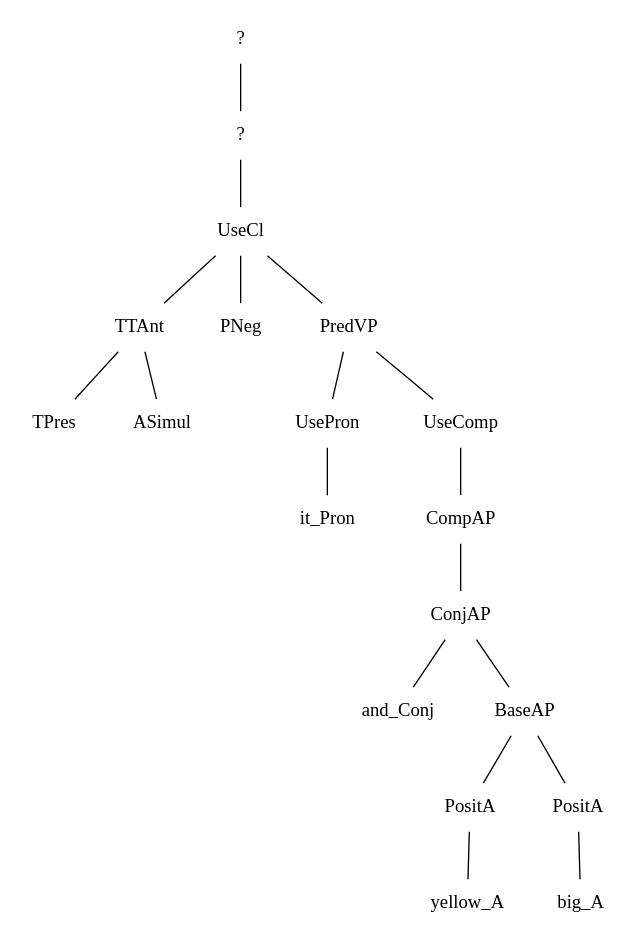
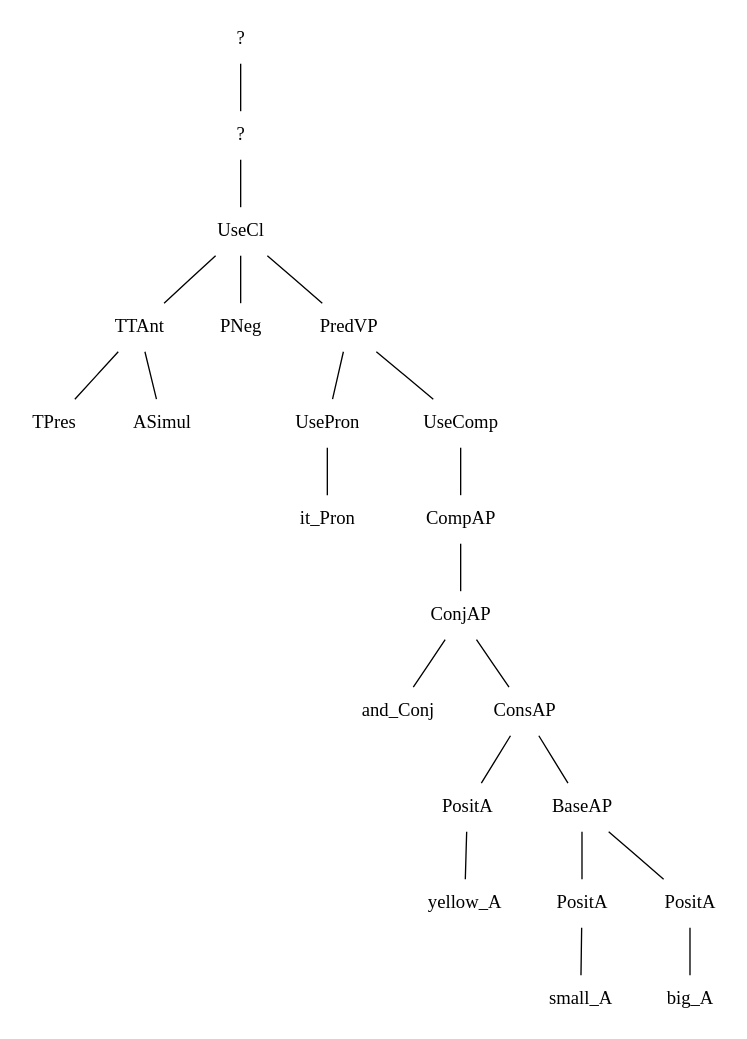
One commit to MalinAhlberg/SwedishProject changed the diagram in mapping/tmp_tree.dot. Above: the diagram before and after it, drawn with Graphviz. The commit also changed 9 other files, not shown here.

```diff
--- a/mapping/tmp_tree.dot
+++ b/mapping/tmp_tree.dot
@@ -1,39 +1,45 @@
 graph {
 n0[label = "?", style = "solid", shape = "plaintext"] ;
 n0_0[label = "?", style = "solid", shape = "plaintext"] ;
 n0 -- n0_0 [style = "solid"];
 n0_0_0[label = "UseCl", style = "solid", shape = "plaintext"] ;
 n0_0 -- n0_0_0 [style = "solid"];
 n0_0_0_0[label = "TTAnt", style = "solid", shape = "plaintext"] ;
 n0_0_0 -- n0_0_0_0 [style = "solid"];
 n0_0_0_0_0[label = "TPres", style = "solid", shape = "plaintext"] ;
 n0_0_0_0 -- n0_0_0_0_0 [style = "solid"];
 n1_0_0_0_0[label = "ASimul", style = "solid", shape = "plaintext"] ;
 n0_0_0_0 -- n1_0_0_0_0 [style = "solid"];
 n1_0_0_0[label = "PNeg", style = "solid", shape = "plaintext"] ;
 n0_0_0 -- n1_0_0_0 [style = "solid"];
 n2_0_0_0[label = "PredVP", style = "solid", shape = "plaintext"] ;
 n0_0_0 -- n2_0_0_0 [style = "solid"];
 n0_2_0_0_0[label = "UsePron", style = "solid", shape = "plaintext"] ;
 n2_0_0_0 -- n0_2_0_0_0 [style = "solid"];
 n0_0_2_0_0_0[label = "it_Pron", style = "solid", shape = "plaintext"] ;
 n0_2_0_0_0 -- n0_0_2_0_0_0 [style = "solid"];
 n1_2_0_0_0[label = "UseComp", style = "solid", shape = "plaintext"] ;
 n2_0_0_0 -- n1_2_0_0_0 [style = "solid"];
 n0_1_2_0_0_0[label = "CompAP", style = "solid", shape = "plaintext"] ;
 n1_2_0_0_0 -- n0_1_2_0_0_0 [style = "solid"];
 n0_0_1_2_0_0_0[label = "ConjAP", style = "solid", shape = "plaintext"] ;
 n0_1_2_0_0_0 -- n0_0_1_2_0_0_0 [style = "solid"];
 n0_0_0_1_2_0_0_0[label = "and_Conj", style = "solid", shape = "plaintext"] ;
 n0_0_1_2_0_0_0 -- n0_0_0_1_2_0_0_0 [style = "solid"];
-n1_0_0_1_2_0_0_0[label = "BaseAP", style = "solid", shape = "plaintext"] ;
+n1_0_0_1_2_0_0_0[label = "ConsAP", style = "solid", shape = "plaintext"] ;
 n0_0_1_2_0_0_0 -- n1_0_0_1_2_0_0_0 [style = "solid"];
 n0_1_0_0_1_2_0_0_0[label = "PositA", style = "solid", shape = "plaintext"] ;
 n1_0_0_1_2_0_0_0 -- n0_1_0_0_1_2_0_0_0 [style = "solid"];
 n0_0_1_0_0_1_2_0_0_0[label = "yellow_A", style = "solid", shape = "plaintext"] ;
 n0_1_0_0_1_2_0_0_0 -- n0_0_1_0_0_1_2_0_0_0 [style = "solid"];
-n1_1_0_0_1_2_0_0_0[label = "PositA", style = "solid", shape = "plaintext"] ;
+n1_1_0_0_1_2_0_0_0[label = "BaseAP", style = "solid", shape = "plaintext"] ;
 n1_0_0_1_2_0_0_0 -- n1_1_0_0_1_2_0_0_0 [style = "solid"];
-n0_1_1_0_0_1_2_0_0_0[label = "big_A", style = "solid", shape = "plaintext"] ;
+n0_1_1_0_0_1_2_0_0_0[label = "PositA", style = "solid", shape = "plaintext"] ;
 n1_1_0_0_1_2_0_0_0 -- n0_1_1_0_0_1_2_0_0_0 [style = "solid"];
+n0_0_1_1_0_0_1_2_0_0_0[label = "small_A", style = "solid", shape = "plaintext"] ;
+n0_1_1_0_0_1_2_0_0_0 -- n0_0_1_1_0_0_1_2_0_0_0 [style = "solid"];
+n1_1_1_0_0_1_2_0_0_0[label = "PositA", style = "solid", shape = "plaintext"] ;
+n1_1_0_0_1_2_0_0_0 -- n1_1_1_0_0_1_2_0_0_0 [style = "solid"];
+n0_1_1_1_0_0_1_2_0_0_0[label = "big_A", style = "solid", shape = "plaintext"] ;
+n1_1_1_0_0_1_2_0_0_0 -- n0_1_1_1_0_0_1_2_0_0_0 [style = "solid"];
 }
```
